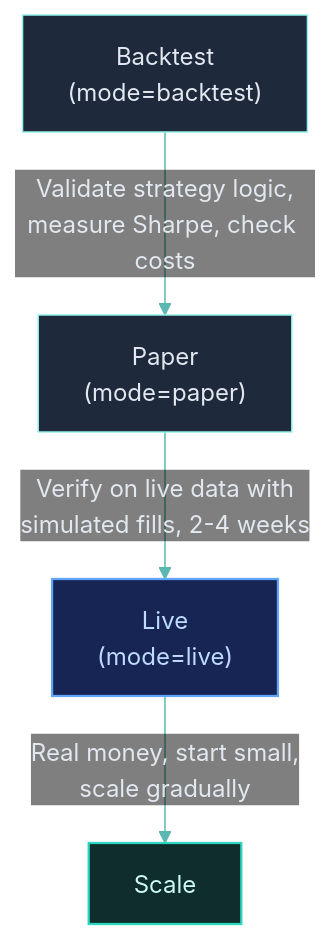
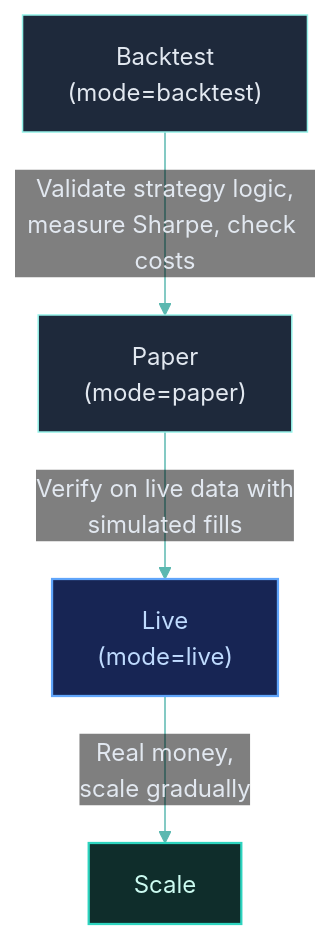
The diagram in tutorials/backtest-to-live.mdx (Clypt/docs), drawn with Mermaid before and after one commit. The commit also changed other lines of this file and 43 other files, not shown here.

````diff
--- a/tutorials/backtest-to-live.mdx
+++ b/tutorials/backtest-to-live.mdx
@@ -10,14 +10,14 @@
 ```mermaid
 %%{init: {'theme': 'base', 'themeVariables': { 'primaryColor': '#1e293b', 'primaryTextColor': '#e2e8f0', 'primaryBorderColor': '#94F1E8', 'lineColor': '#5bb8b0', 'clusterBkg': '#0f172a', 'clusterBorder': '#1e3a3a', 'titleColor': '#94F1E8', 'edgeLabelBackground': 'transparent' }}}%%
 flowchart TB
     classDef action fill:#172554,stroke:#60a5fa,stroke-width:1.5px,color:#bfdbfe
     classDef success fill:#0f2d2b,stroke:#2dd4bf,stroke-width:1.5px,color:#ccfbf1
 
     BT["Backtest<br>(mode=backtest)"]
     BT -- "Validate strategy logic,<br>measure Sharpe, check costs" --> PP["Paper<br>(mode=paper)"]
-    PP -- "Verify on live data with<br>simulated fills, 2-4 weeks" --> LV["Live<br>(mode=live)"]
-    LV -- "Real money, start small,<br>scale gradually" --> SC["Scale"]
+    PP -- "Verify on live data with<br>simulated fills" --> LV["Live<br>(mode=live)"]
+    LV -- "Real money,<br>scale gradually" --> SC["Scale"]
 
     class LV action
     class SC success
 ```
````
